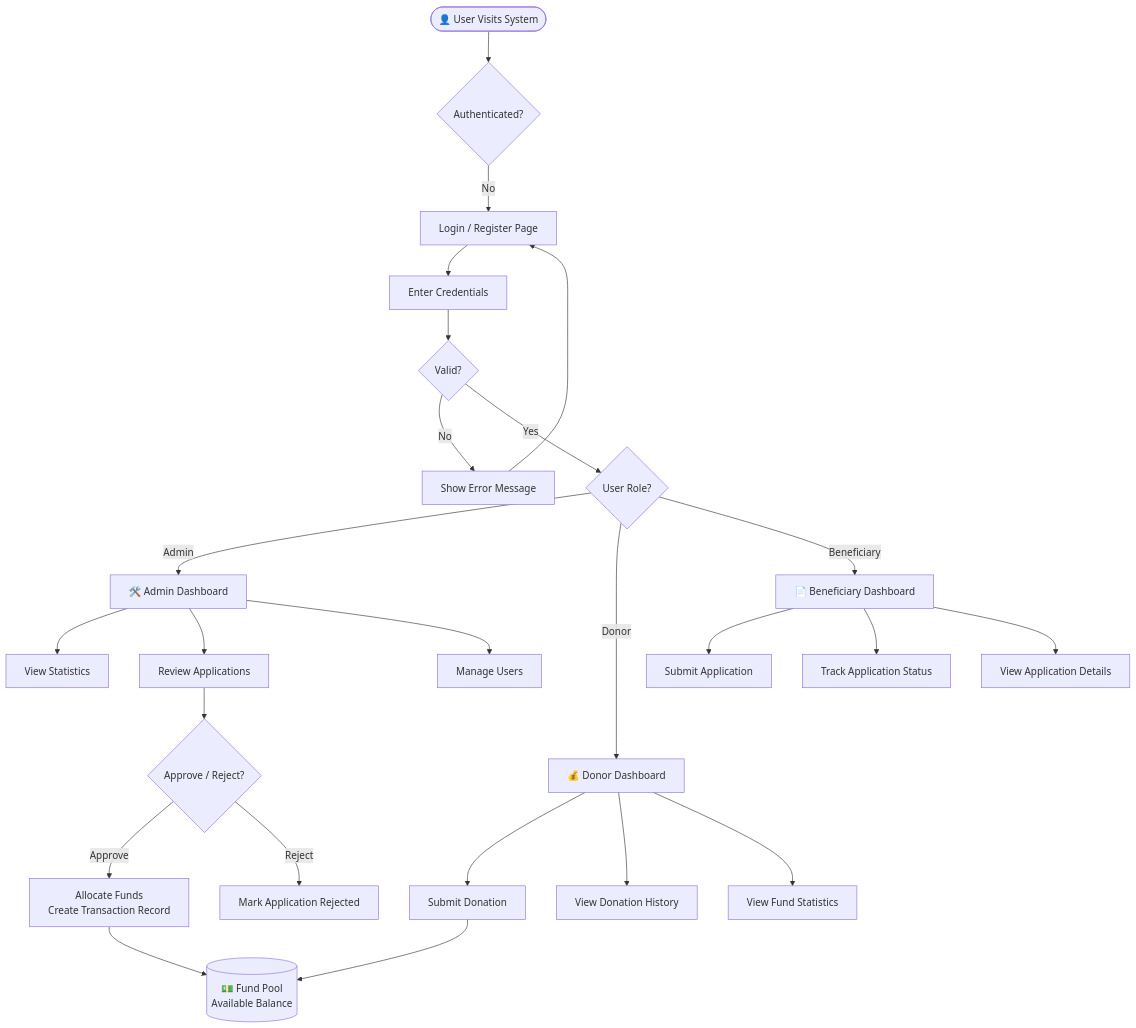
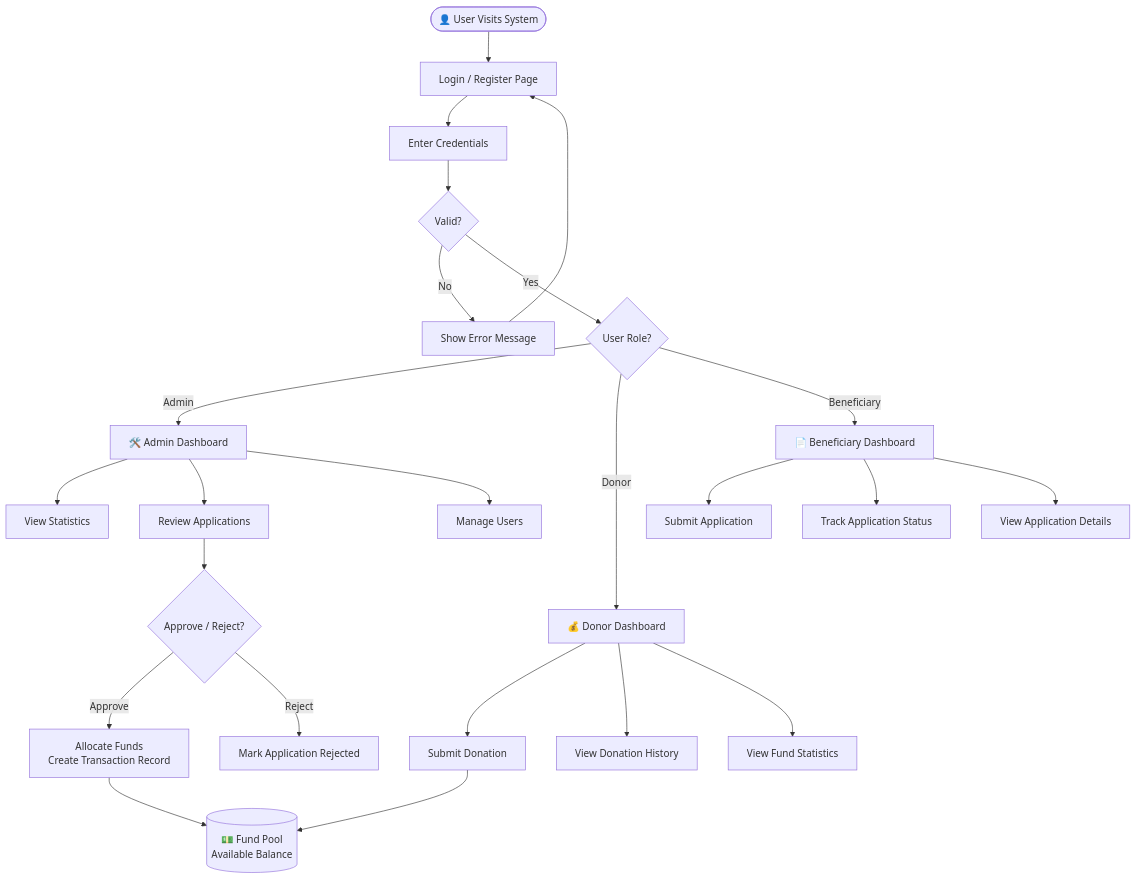
One commit to erabdurrahman/financial_resourse_managment_for_social-_wlefare changed the first of 8 diagrams in docs/flow-diagram.md. Above: the diagram before and after it, drawn with Mermaid.

Commit message:
Remove Auth node after User in Overall System Flow diagram
Agent-Logs-Url: https://github.com/erabdurrahman/financial_resourse_managment_for_social-_wlefare/sessions/5e215087-612f-4684-ad2c-1f4599bbe52e

````diff
--- a/docs/flow-diagram.md
+++ b/docs/flow-diagram.md
@@ -11,33 +11,32 @@
 ```mermaid
 flowchart TD
-    User([👤 User Visits System]) --> Auth{Authenticated?}
-    Auth -- No --> Login[Login / Register Page]
+    User([👤 User Visits System]) --> Login[Login / Register Page]
     Login --> Creds[Enter Credentials]
     Creds --> Verify{Valid?}
     Verify -- No --> ErrMsg[Show Error Message]
     ErrMsg --> Login
     Verify -- Yes --> Role{User Role?}
 
     Role -- Admin --> AdminDash[🛠️ Admin Dashboard]
     Role -- Donor --> DonorDash[💰 Donor Dashboard]
     Role -- Beneficiary --> BenefDash[📄 Beneficiary Dashboard]
 
     AdminDash --> A1[View Statistics]
     AdminDash --> A2[Review Applications]
     AdminDash --> A3[Manage Users]
 
     DonorDash --> D1[Submit Donation]
     DonorDash --> D2[View Donation History]
     DonorDash --> D3[View Fund Statistics]
 
     BenefDash --> B1[Submit Application]
     BenefDash --> B2[Track Application Status]
     BenefDash --> B3[View Application Details]
 
     A2 --> Approve{Approve / Reject?}
     Approve -- Approve --> AllocFunds[Allocate Funds\nCreate Transaction Record]
     Approve -- Reject --> RejectApp[Mark Application Rejected]
 
     D1 --> FundPool[(💵 Fund Pool\nAvailable Balance)]
     AllocFunds --> FundPool
 ```
````
